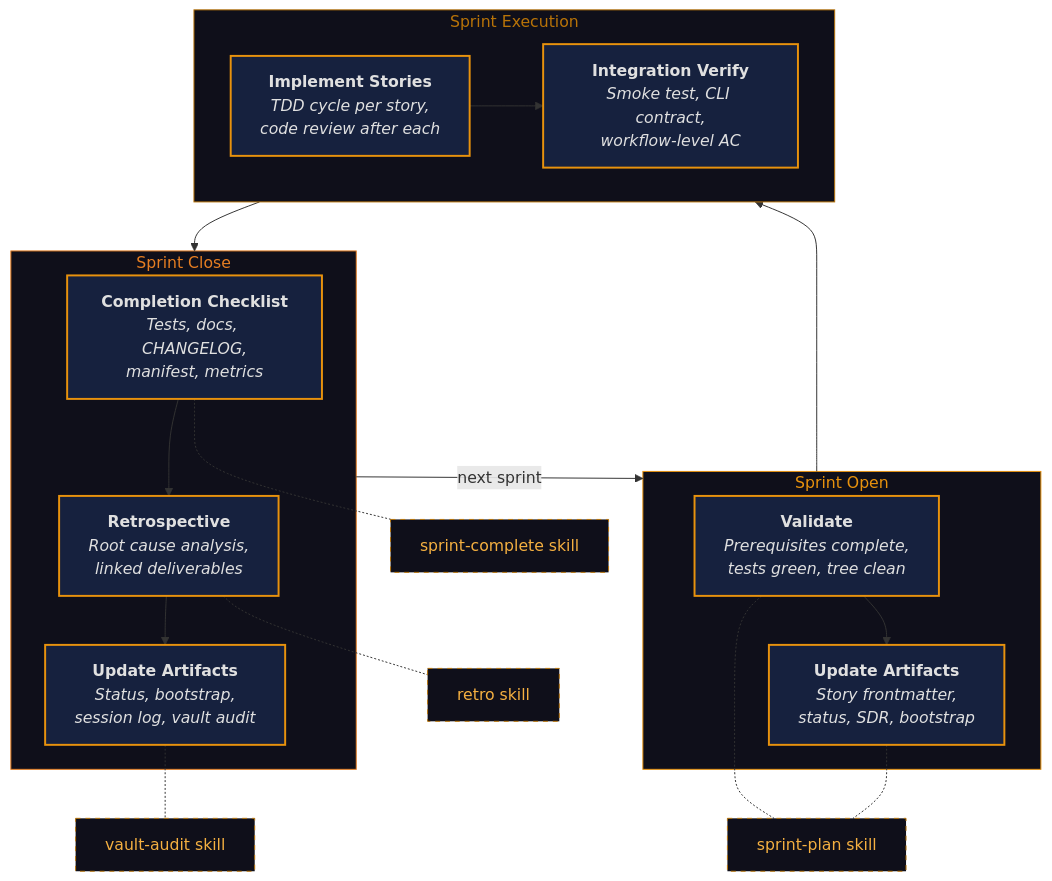
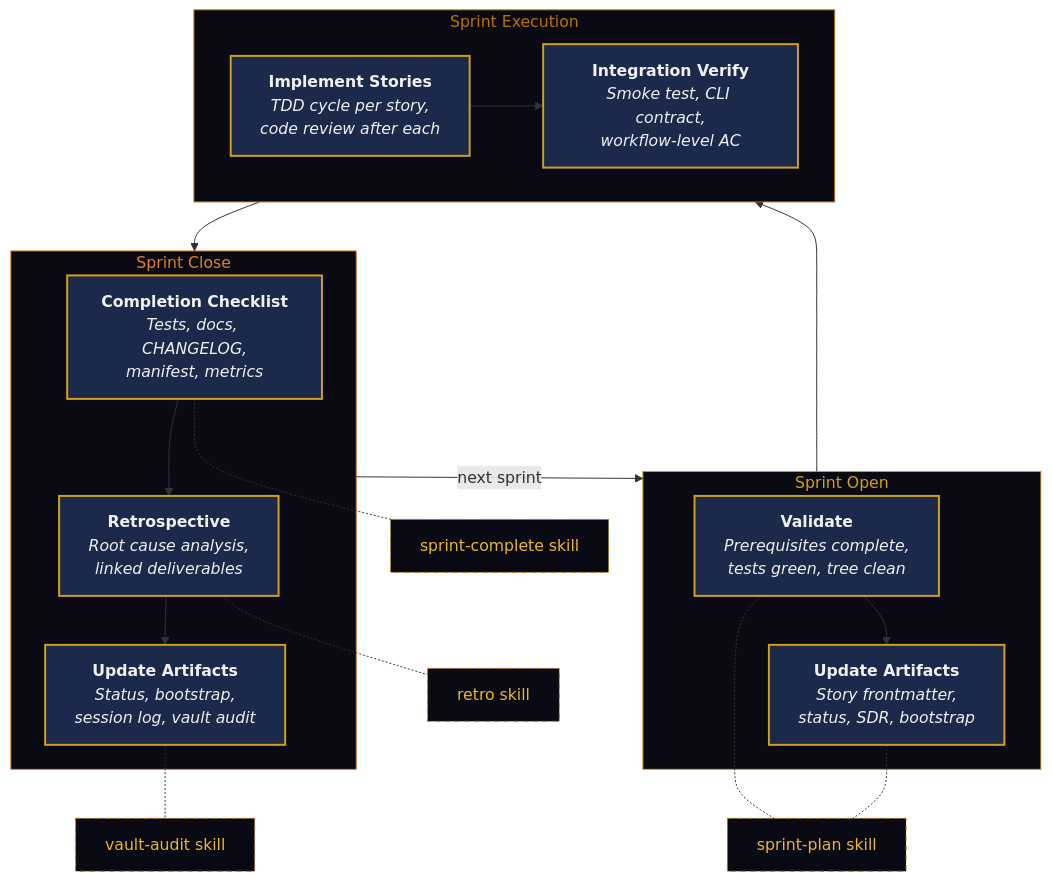
The third of 4 diagrams in docs/reference/lifecycle.md (originalrgsec/open-workspace-builder), drawn with Mermaid before and after one commit. The commit also changed other lines of this file and 19 other files, not shown here.

````diff
--- a/docs/reference/lifecycle.md
+++ b/docs/reference/lifecycle.md
@@ -70,37 +70,37 @@
 ```mermaid
 graph TD
     subgraph open ["Sprint Open"]
         O1["<b>Validate</b><br/><i>Prerequisites complete,<br/>tests green, tree clean</i>"]:::step
         O2["<b>Update Artifacts</b><br/><i>Story frontmatter,<br/>status, SDR, bootstrap</i>"]:::step
         O1 --> O2
     end
 
     subgraph build ["Sprint Execution"]
         B1["<b>Implement Stories</b><br/><i>TDD cycle per story,<br/>code review after each</i>"]:::step
         B2["<b>Integration Verify</b><br/><i>Smoke test, CLI contract,<br/>workflow-level AC</i>"]:::step
         B1 --> B2
     end
 
     subgraph close ["Sprint Close"]
         C1["<b>Completion Checklist</b><br/><i>Tests, docs, CHANGELOG,<br/>manifest, metrics</i>"]:::step
         C2["<b>Retrospective</b><br/><i>Root cause analysis,<br/>linked deliverables</i>"]:::step
         C3["<b>Update Artifacts</b><br/><i>Status, bootstrap,<br/>session log, vault audit</i>"]:::step
         C1 --> C2 --> C3
     end
 
     open --> build --> close
     close -->|"next sprint"| open
 
     O1 -.- sprint_plan["sprint-plan skill"]:::skill
     O2 -.- sprint_plan
     C1 -.- sprint_complete["sprint-complete skill"]:::skill
     C2 -.- retro_skill["retro skill"]:::skill
     C3 -.- vault_audit["vault-audit skill"]:::skill
 
-    classDef step fill:#16213E,color:#E0E0E0,stroke:#E8920D,stroke-width:2px
-    classDef skill fill:#0F0F1A,color:#F5B041,stroke:#B87308,stroke-width:1px,stroke-dasharray:5 5
+    classDef step fill:#1B2A4A,color:#F0F0F0,stroke:#D4A017,stroke-width:2px
+    classDef skill fill:#0A0A14,color:#E8B830,stroke:#B87308,stroke-width:1px,stroke-dasharray:5 5
 
-    style open fill:#0F0F1A,stroke:#E8920D,stroke-width:1px,color:#E8920D
-    style build fill:#0F0F1A,stroke:#B87308,stroke-width:1px,color:#B87308
-    style close fill:#0F0F1A,stroke:#E67E22,stroke-width:1px,color:#E67E22
+    style open fill:#0A0A14,stroke:#D4A017,stroke-width:1px,color:#D4A017
+    style build fill:#0A0A14,stroke:#B87308,stroke-width:1px,color:#B87308
+    style close fill:#0A0A14,stroke:#E67E22,stroke-width:1px,color:#E67E22
 ```
````
